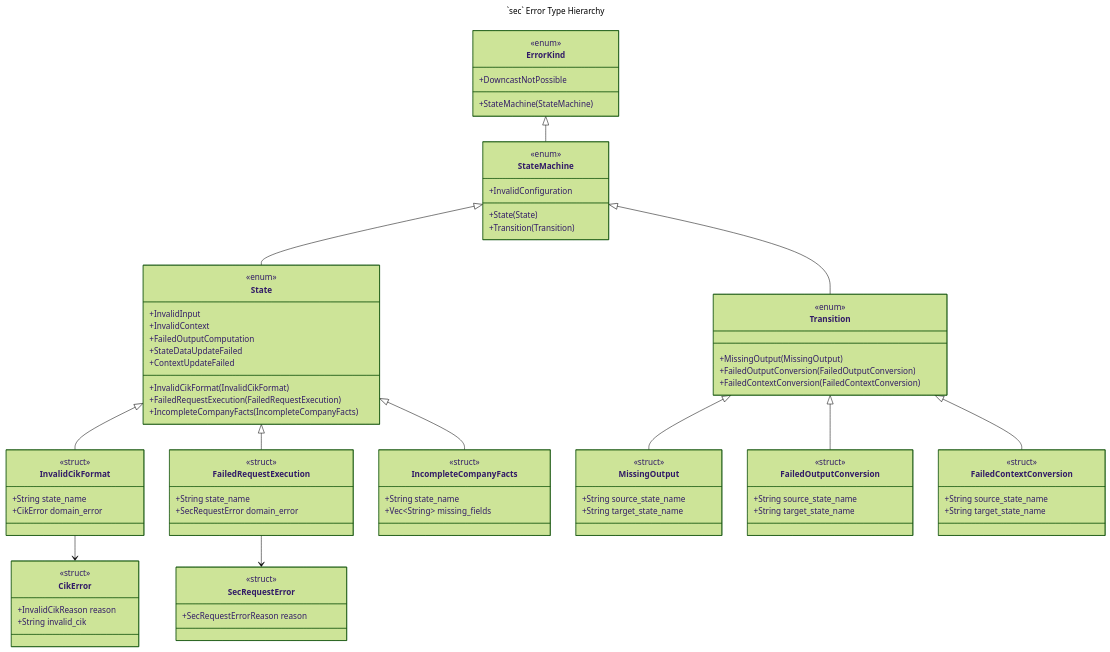
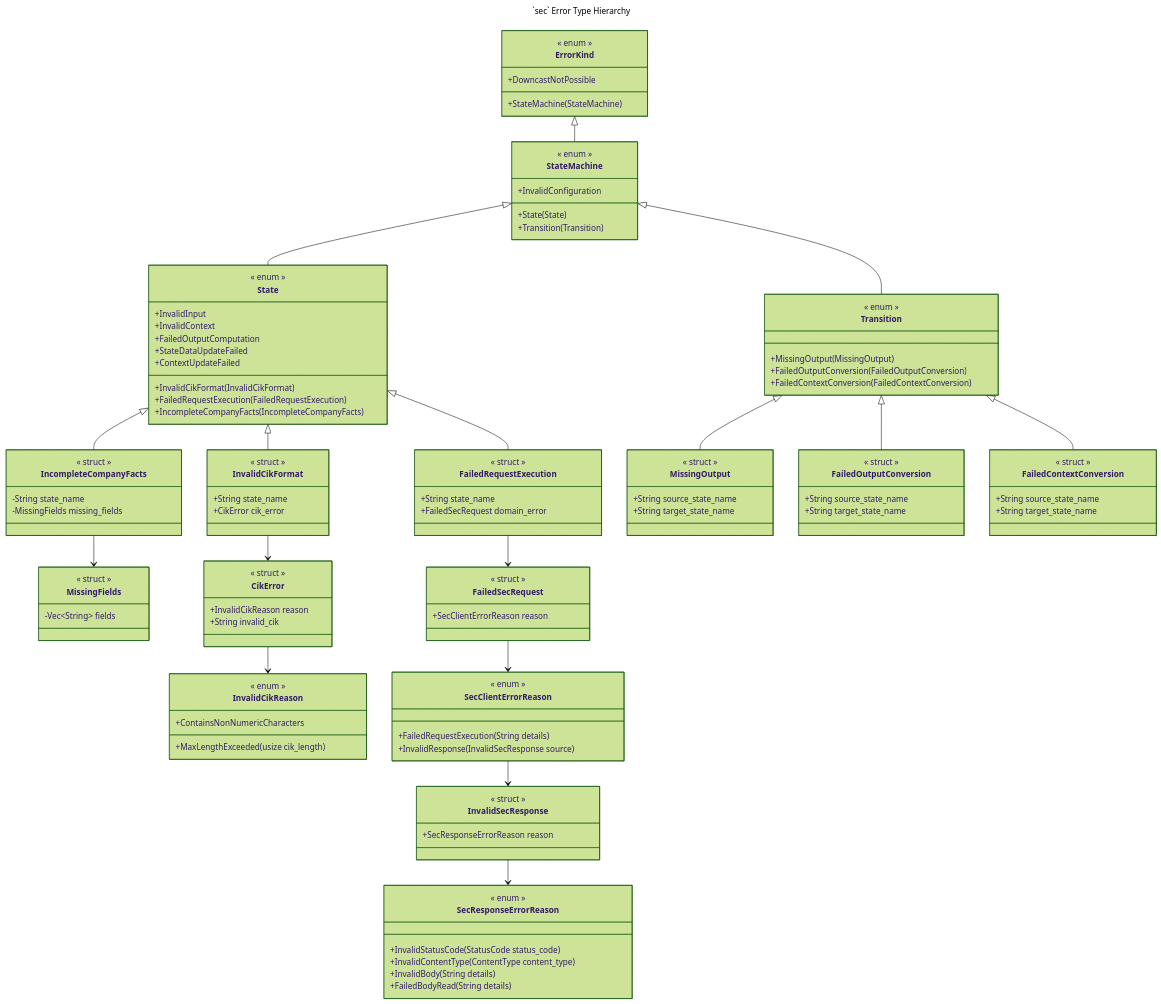
One commit to ironcapitaleu/arkad changed the diagram in sec/design/uml_class_diagram/sec_error_handling.md. Above: the diagram before and after it, drawn with Mermaid (forest theme). The commit also changed 6 other files, not shown here.

First line of the commit message:
doc: diagram sync (#136)

````diff
--- a/sec/design/uml_class_diagram/sec_error_handling.md
+++ b/sec/design/uml_class_diagram/sec_error_handling.md
@@ -4,22 +4,22 @@
 ---
 classDiagram
     class ErrorKind{
-        <<enum>>
+        << enum >>
         %% Top-level error enum for all SEC state machine errors
         +StateMachine(StateMachine)
         +DowncastNotPossible
     }
 
     class StateMachine{
-        <<enum>>
+        << enum >>
         %% Errors during state machine execution
+        +InvalidConfiguration
         +State(State)
         +Transition(Transition)
-        +InvalidConfiguration
     }
 
     class State {
-        <<enum>>
+        << enum >>
         %% Errors from internal state operations
         +InvalidCikFormat(InvalidCikFormat)
         +FailedRequestExecution(FailedRequestExecution)
@@ -32,7 +32,7 @@
     }
 
     class Transition {
-        <<enum>>
+        << enum >>
         %% Errors during state transitions
         +MissingOutput(MissingOutput)
         +FailedOutputConversion(FailedOutputConversion)
@@ -40,58 +40,93 @@
     }
 
     class InvalidCikFormat{
-        <<struct>>
+        << struct >>
         %% State-level wrapper for CIK validation errors
         +String state_name
-        +CikError domain_error
+        +CikError cik_error
     }
 
     class FailedRequestExecution{
-        <<struct>>
+        << struct >>
         %% State-level wrapper for request execution errors
         +String state_name
-        +SecRequestError domain_error
+        +FailedSecRequest domain_error
     }
 
     class IncompleteCompanyFacts{
-        <<struct>>
+        << struct >>
         %% State-level error for missing XBRL concepts
-        +String state_name
-        +Vec~String~ missing_fields
+        -String state_name
+        -MissingFields missing_fields
+    }
+
+    class MissingFields{
+        << struct >>
+        %% Newtype over the canonical names of the missing concepts
+        -Vec~String~ fields
     }
 
     class MissingOutput{
-        <<struct>>
+        << struct >>
         %% Transition-level error for missing output data
         +String source_state_name
         +String target_state_name
     }
 
     class FailedOutputConversion{
-        <<struct>>
+        << struct >>
         %% Transition-level error for output-to-input conversion failure
         +String source_state_name
         +String target_state_name
     }
 
     class FailedContextConversion{
-        <<struct>>
+        << struct >>
         %% Transition-level error for context conversion failure
         +String source_state_name
         +String target_state_name
     }
 
     class CikError{
-        <<struct>>
+        << struct >>
         %% Domain error for invalid CIK format
         +InvalidCikReason reason
         +String invalid_cik
     }
 
-    class SecRequestError{
-        <<struct>>
+    class InvalidCikReason{
+        << enum >>
+        %% Why a string failed CIK validation
+        +MaxLengthExceeded(usize cik_length)
+        +ContainsNonNumericCharacters
+    }
+
+    class FailedSecRequest{
+        << struct >>
         %% Domain error for SEC request execution
-        +SecRequestErrorReason reason
+        +SecClientErrorReason reason
+    }
+
+    class SecClientErrorReason{
+        << enum >>
+        %% `sec_client::error::ErrorReason`, renamed here for diagram uniqueness
+        +FailedRequestExecution(String details)
+        +InvalidResponse(InvalidSecResponse source)
+    }
+
+    class InvalidSecResponse{
+        << struct >>
+        %% Domain error for a response that failed SEC validation
+        +SecResponseErrorReason reason
+    }
+
+    class SecResponseErrorReason{
+        << enum >>
+        %% `sec_response::error::ErrorReason`, renamed here for diagram uniqueness
+        +InvalidStatusCode(StatusCode status_code)
+        +InvalidContentType(ContentType content_type)
+        +InvalidBody(String details)
+        +FailedBodyRead(String details)
     }
 
     %% Error hierarchy relationships
@@ -111,5 +146,10 @@
 
     %% State wrappers contain domain errors
     InvalidCikFormat --> CikError
-    FailedRequestExecution --> SecRequestError
+    CikError --> InvalidCikReason
+    IncompleteCompanyFacts --> MissingFields
+    FailedRequestExecution --> FailedSecRequest
+    FailedSecRequest --> SecClientErrorReason
+    SecClientErrorReason --> InvalidSecResponse
+    InvalidSecResponse --> SecResponseErrorReason
 ```
````
